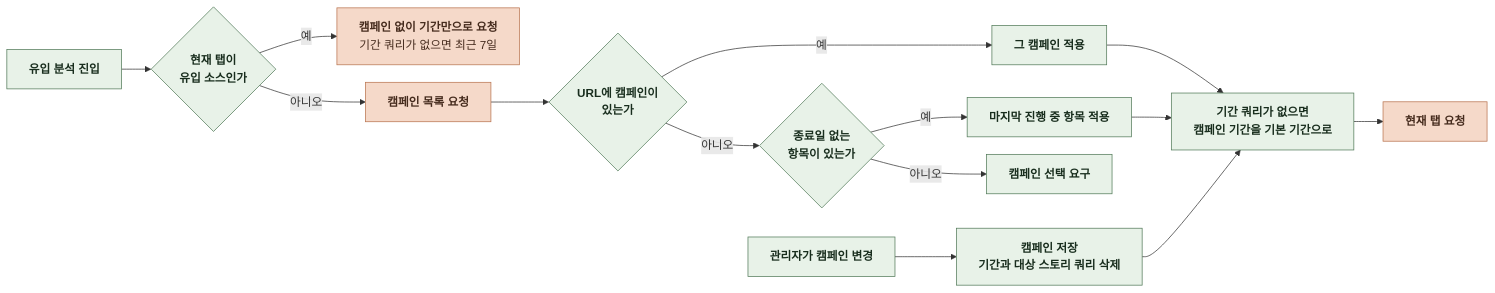
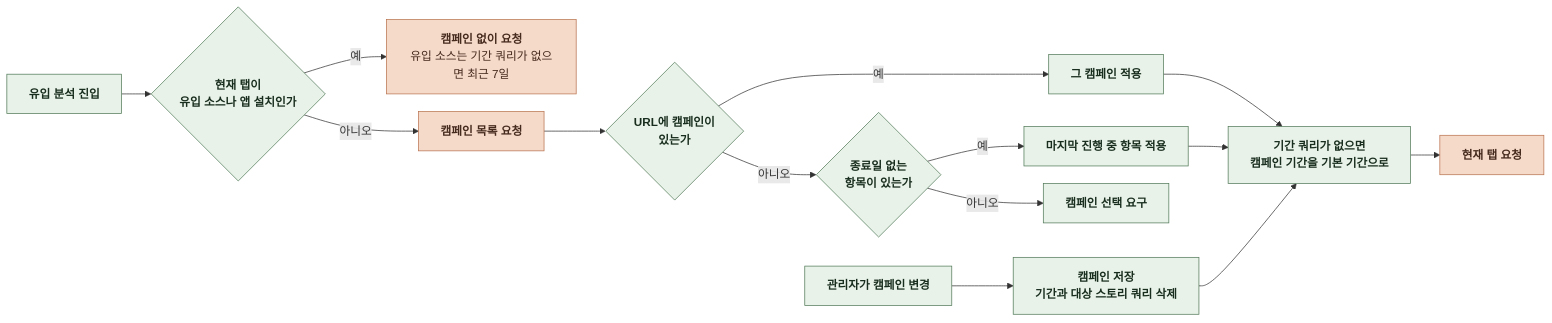
Before and after one commit to KIM-N-KANG/knk-harness: the second of 3 diagrams in docs/domain/ADMIN/WEB/3-4-INTERACTION-FLOWS.md, drawn with Mermaid. The commit also changed other lines of this file and 12 other files, not shown here.

````diff
--- a/docs/domain/ADMIN/WEB/3-4-INTERACTION-FLOWS.md
+++ b/docs/domain/ADMIN/WEB/3-4-INTERACTION-FLOWS.md
@@ -46,27 +46,27 @@
 ```mermaid
 %%{init: {"flowchart": {"curve": "basis", "nodeSpacing": 24, "rankSpacing": 40}}}%%
 flowchart LR
     A["`**유입 분석 진입**`"] --> S{"`**현재 탭이
-유입 소스인가**`"}
-    S -->|예| T["`**캠페인 없이 기간만으로 요청**
-기간 쿼리가 없으면 최근 7일`"]
+유입 소스나 앱 설치인가**`"}
+    S -->|예| T["`**캠페인 없이 요청**
+유입 소스는 기간 쿼리가 없으면 최근 7일`"]
     S -->|아니오| B["`**캠페인 목록 요청**`"]
     B --> C{"`**URL에 캠페인이
 있는가**`"}
     C -->|예| D["`**그 캠페인 적용**`"]
     C -->|아니오| E{"`**종료일 없는
 항목이 있는가**`"}
     E -->|예| F["`**마지막 진행 중 항목 적용**`"]
     E -->|아니오| G["`**캠페인 선택 요구**`"]
     D --> H["`**기간 쿼리가 없으면
 캠페인 기간을 기본 기간으로**`"]
     F --> H
     H --> I["`**현재 탭 요청**`"]
     J["`**관리자가 캠페인 변경**`"] --> K["`**캠페인 저장
 기간과 대상 스토리 쿼리 삭제**`"]
     K --> H
     classDef comp fill:#E8F2E8,stroke:#527A59,color:#182D1D
     classDef task fill:#F5D9C9,stroke:#B97450,color:#452B1D
     class A,C,D,E,F,G,H,J,K,S comp
     class B,I,T task
 ```
````
